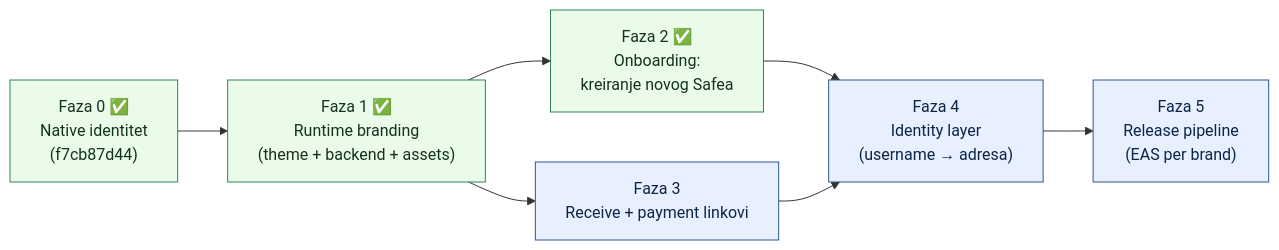
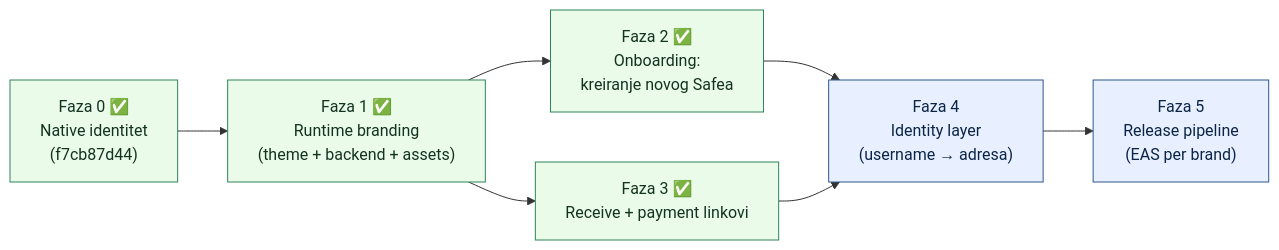
The diagram in docs/whitelabel-wallet/handoffs/README.md (airkuna/safe-wallet-monorepo), drawn with Mermaid before and after one commit. The commit also changed other lines of this file and 2 other files, not shown here.

Commit message:
docs(whitelabel): mark faza 3 receive/payment links as delivered
Status table + mermaid updated, execution log (design decisions,
deviations, post-MVP debt) filled in faza-3 doc, feature-audit matrix
row flipped to done for mobile.

````diff
--- a/docs/whitelabel-wallet/handoffs/README.md
+++ b/docs/whitelabel-wallet/handoffs/README.md
@@ -17,14 +17,14 @@
 ```mermaid
 flowchart LR
   F0["Faza 0 ✅<br/>Native identitet<br/>(f7cb87d44)"] --> F1["Faza 1 ✅<br/>Runtime branding<br/>(theme + backend + assets)"]
   F1 --> F2["Faza 2 ✅<br/>Onboarding:<br/>kreiranje novog Safea"]
-  F1 --> F3["Faza 3<br/>Receive + payment linkovi"]
+  F1 --> F3["Faza 3 ✅<br/>Receive + payment linkovi"]
   F2 --> F4["Faza 4<br/>Identity layer<br/>(username → adresa)"]
   F3 --> F4
   F4 --> F5["Faza 5<br/>Release pipeline<br/>(EAS per brand)"]
 
   classDef done fill:#eafbea,stroke:#2f855a,color:#14331f
   classDef todo fill:#e8f0ff,stroke:#2e5791,color:#0b2447
-  class F0,F1,F2 done
-  class F3,F4,F5 todo
+  class F0,F1,F2,F3 done
+  class F4,F5 todo
 ```
````
